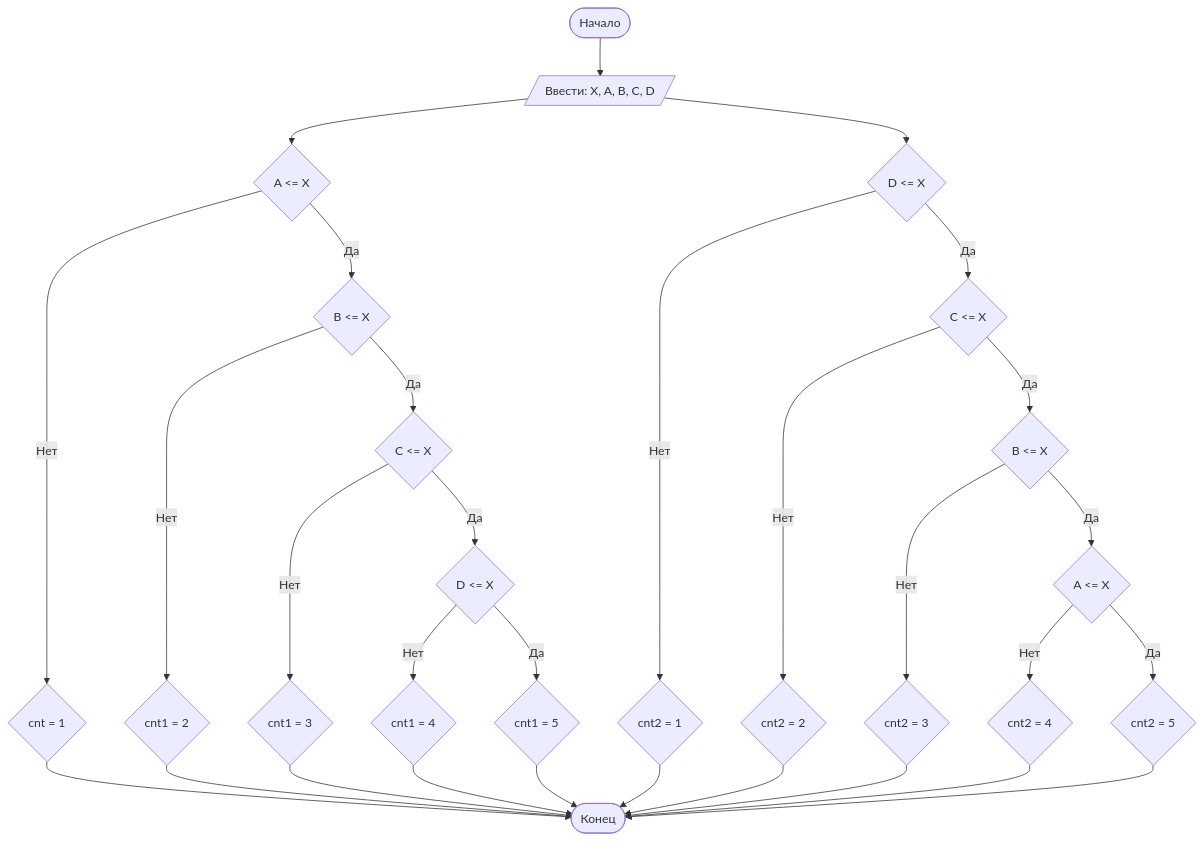
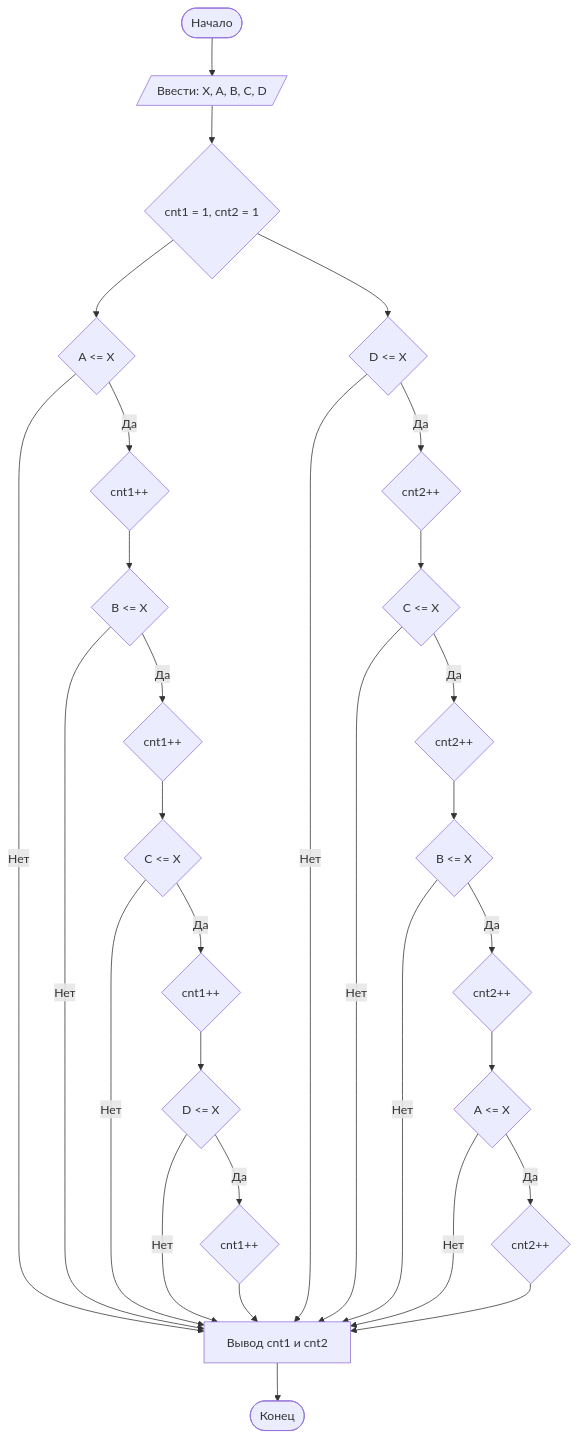
The diagram in README.md (allimak55/LabN1), drawn with Mermaid before and after one commit.

````diff
--- a/README.md
+++ b/README.md
@@ -103,33 +103,33 @@
 ```mermaid
 graph TD
     A([Начало]) --> B[/Ввести: X, A, B, C, D/]
-    B --> C{A <= X}
-    B --> D{D <= X}
-    C -- Нет --> E{cnt = 1}
-    D -- Нет --> F{cnt2 = 1}
-    C -- Да --> G{B <= X}
-    D -- Да --> H{C <= X}
-    G -- Нет --> I{cnt1 = 2}
-    H -- Нет --> J{cnt2 = 2}
-    G -- Да --> K{C <= X}
-    H -- Да --> L{B <= X}
-    K -- Нет --> M{cnt1 = 3}
-    L -- Нет --> N{cnt2 = 3}
-    K -- Да --> O{D <= X}
-    L -- Да --> P{A <= X}
-    O -- Нет --> Q{cnt1 = 4}
-    P -- Нет --> R{cnt2 = 4}
-    O -- Да --> S{cnt1 = 5}
-    P -- Да --> T{cnt2 = 5}
-    E --> Z
-    F --> Z
-    I --> Z
-    J --> Z
-    M --> Z
-    N --> Z
-    Q --> Z
-    R --> Z
-    S --> Z
+    B --> C{cnt1 = 1, cnt2 = 1}
+    C --> D{A <= X}
+    C --> E{D <= X}
+    D -- Нет --> T
+    E -- Нет --> T
+    D -- Да --> F{cnt1++}
+    E -- Да --> G{cnt2++}
+    F --> H{B <= X}
+    G --> I{C <= X}
+    H -- Нет --> T
+    I -- Нет --> T
+    H -- Да --> J{cnt1++}
+    I -- Да --> K{cnt2++}
+    J --> L{C <= X}
+    K --> M{B <= X}
+    L -- Нет --> T
+    M -- Нет --> T
+    L -- Да --> N{cnt1++}
+    M -- Да --> O{cnt2++}
+    N --> P{D <= X}
+    O --> Q{A <= X}
+    P -- Нет --> T
+    Q -- Нет --> T
+    P -- Да --> R{cnt1++}
+    Q -- Да --> S{cnt2++}
+    R --> T
+    S --> T[Вывод cnt1 и cnt2]
     T --> Z([Конец])
 
 ```
````
